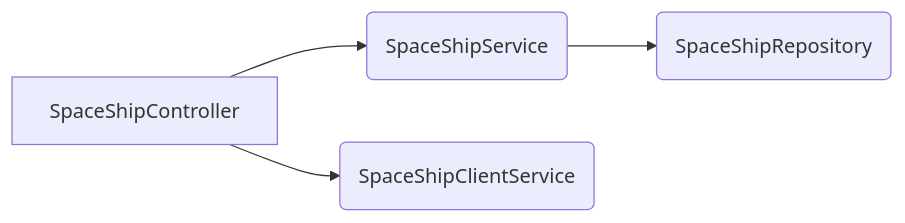
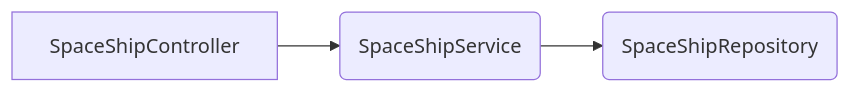
Before and after one commit to cf-training-springboot-2019/spaceship-manager: the diagram in README.md, drawn with Mermaid.

````diff
--- a/README.md
+++ b/README.md
@@ -39,6 +39,5 @@
 ```mermaid
 graph LR
 A[SpaceShipController] --> B1(SpaceShipService)
-A --> B2(SpaceShipClientService)
 B1 --> C1(SpaceShipRepository)
 ```
````
